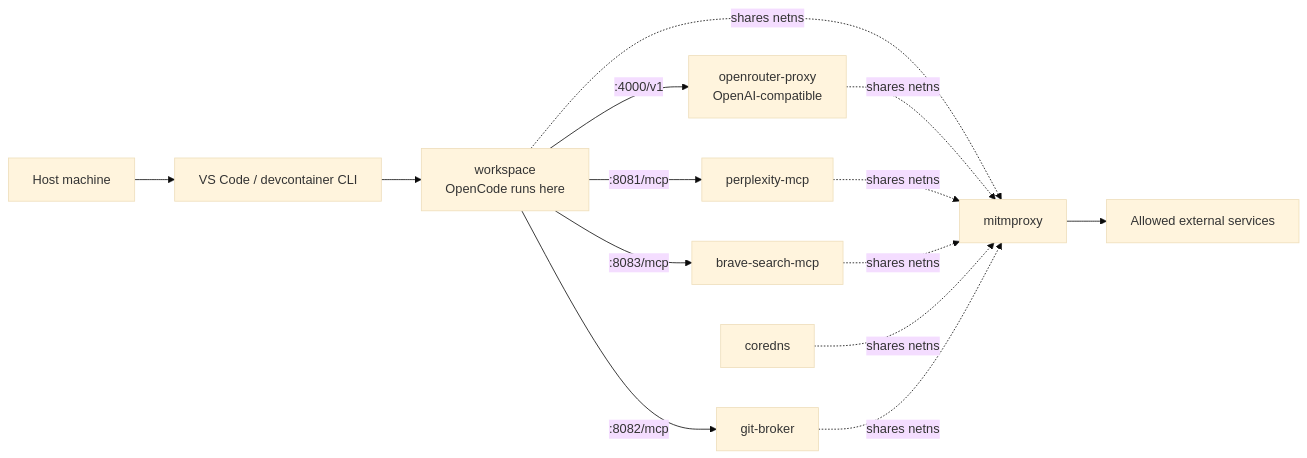
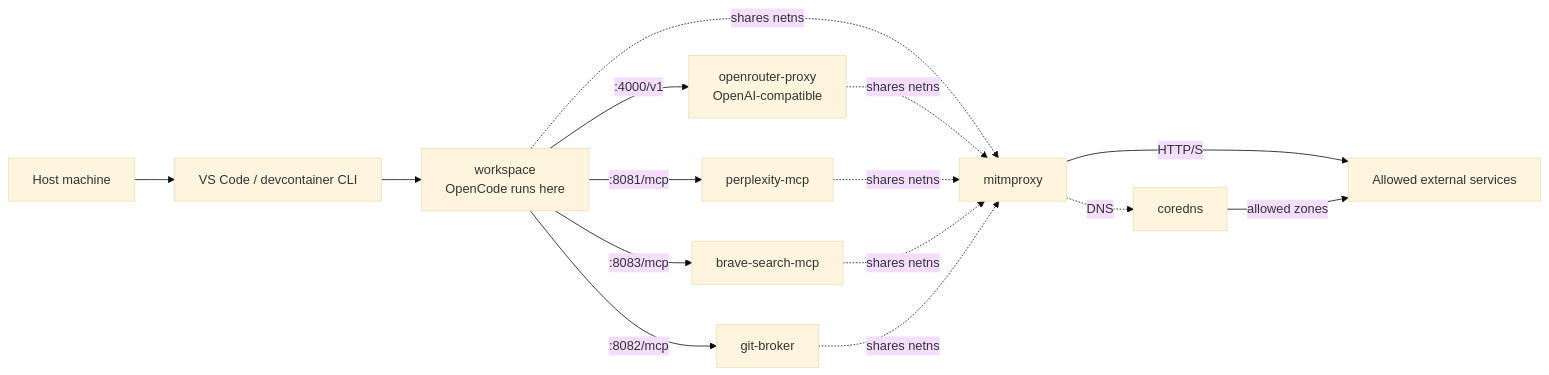
The first of 3 diagrams in README.md (sachitv/opencode-omo-sandbox-docker), drawn with Mermaid (base theme) before and after one commit.

Commit message:
Reposition CoreDNS in service topology diagram

````diff
--- a/README.md
+++ b/README.md
@@ -58,30 +58,31 @@
 ```mermaid
 flowchart LR
   Host[Host machine]
   VSCode[VS Code / devcontainer CLI]
   Workspace[workspace<br/>OpenCode runs here]
   OpenRouter[openrouter-proxy<br/>OpenAI-compatible]
   Perplexity[perplexity-mcp]
   Brave[brave-search-mcp]
-  CoreDNS[coredns]
   GitBroker[git-broker]
   Mitm[mitmproxy]
+  CoreDNS[coredns]
   Internet[Allowed external services]
 
   Host --> VSCode
   VSCode --> Workspace
 
   Workspace -->|:4000/v1| OpenRouter
   Workspace -->|:8081/mcp| Perplexity
   Workspace -->|:8083/mcp| Brave
   Workspace -->|:8082/mcp| GitBroker
 
   Workspace -. shares netns .-> Mitm
   OpenRouter -. shares netns .-> Mitm
   Perplexity -. shares netns .-> Mitm
   Brave -. shares netns .-> Mitm
-  CoreDNS -. shares netns .-> Mitm
   GitBroker -. shares netns .-> Mitm
 
-  Mitm --> Internet
+  Mitm -->|HTTP/S| Internet
+  Mitm -. DNS .-> CoreDNS
+  CoreDNS -->|allowed zones| Internet
 ```
````
